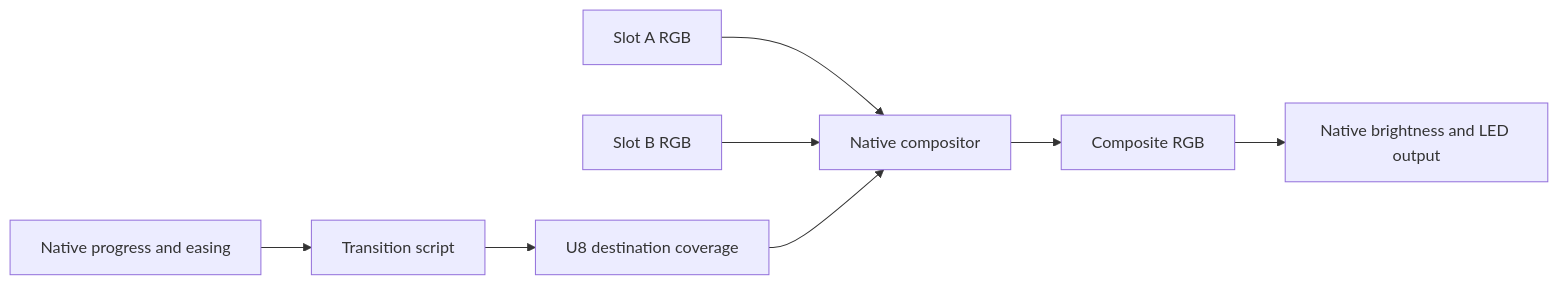
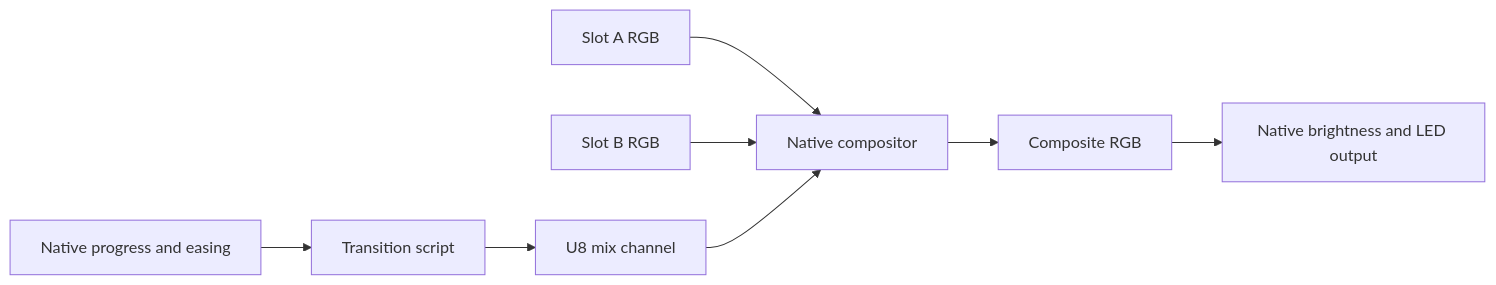
Before and after one commit to KajLights/lightvm: the diagram in documents/feature-proposal-ab-transitions.md, drawn with Mermaid. The commit also changed other lines of this file and 7 other files, not shown here.

````diff
--- a/documents/feature-proposal-ab-transitions.md
+++ b/documents/feature-proposal-ab-transitions.md
@@ -217,10 +228,10 @@
 ```mermaid
 flowchart LR
     A[Slot A RGB] --> C[Native compositor]
     B[Slot B RGB] --> C
     P[Native progress and easing] --> T[Transition script]
-    T --> M[U8 destination coverage]
+    T --> M[U8 mix channel]
     M --> C
     C --> O[Composite RGB]
     O --> L[Native brightness and LED output]
 ```
````
